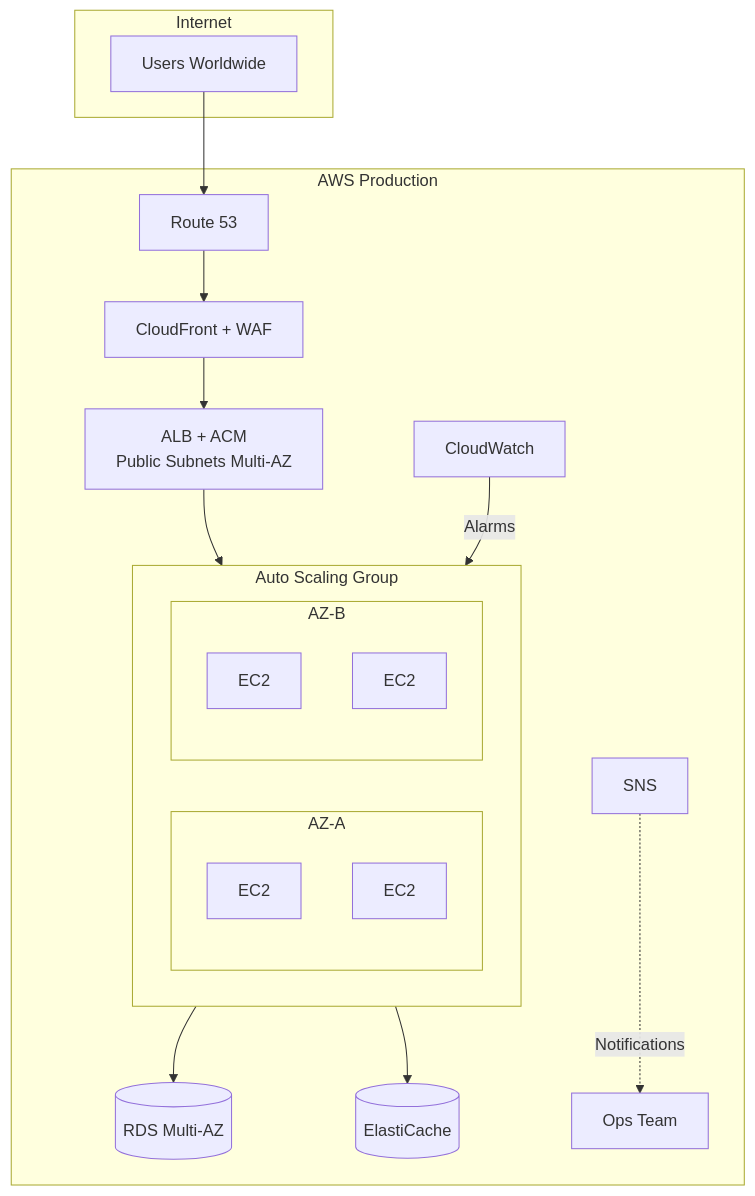
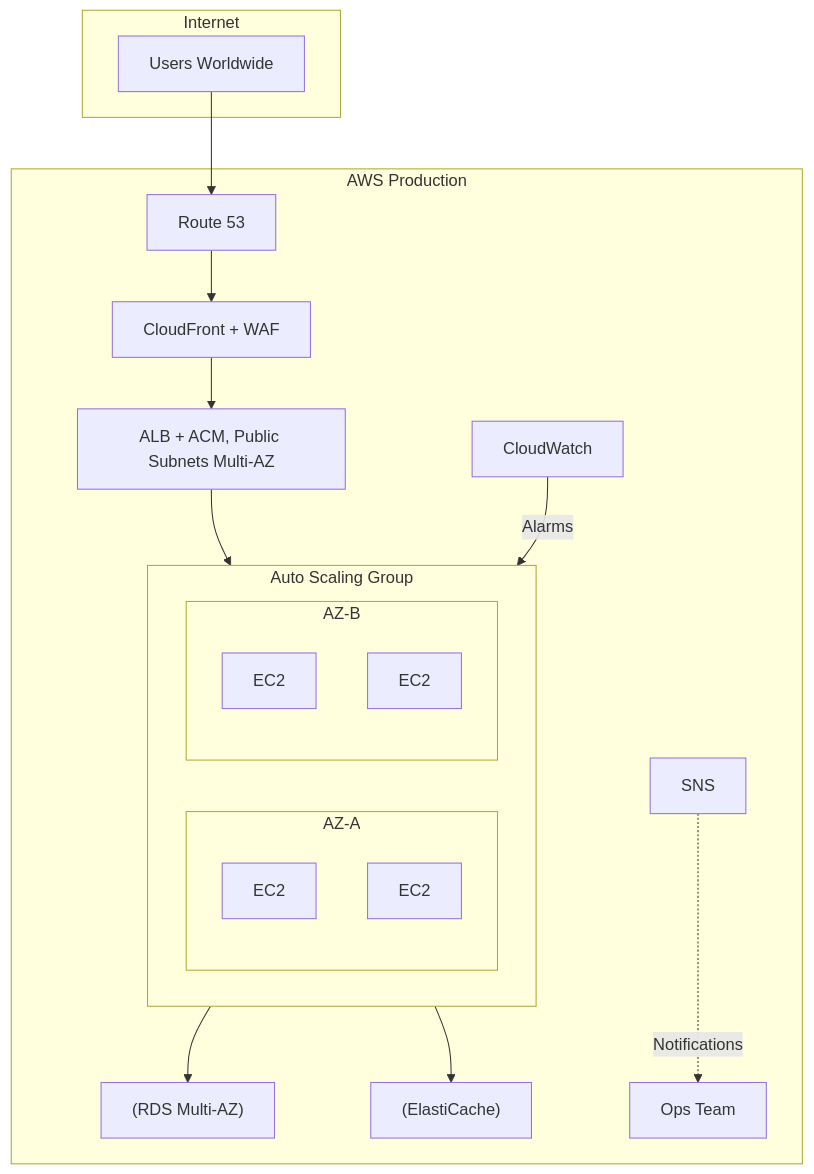
The third of 4 diagrams in Chapter_39_Amazon_EC2_Auto_Scaling.md (DeeptiShuklaProject/Uday_AWS), drawn with Mermaid before and after one commit. The commit also changed other lines of this file and 34 other files, not shown here.

Commit message:
Fix mermaid diagrams syntax across all chapters (quote labels and remove HTML)

````diff
--- a/Chapter_39_Amazon_EC2_Auto_Scaling.md
+++ b/Chapter_39_Amazon_EC2_Auto_Scaling.md
@@ -655,31 +655,31 @@
 ```mermaid
 flowchart TD
     subgraph Internet
         Users[Users Worldwide]
     end
     
     subgraph AWS["AWS Production"]
         R53[Route 53] --> CF[CloudFront + WAF]
-        CF --> ALB[ALB + ACM<br>Public Subnets Multi-AZ]
+        CF --> ALB["ALB + ACM, Public Subnets Multi-AZ"]
         
         subgraph ASG["Auto Scaling Group"]
             subgraph AZA["AZ-A"]
                 EC2A1[EC2] 
                 EC2A2[EC2]
             end
             subgraph AZB["AZ-B"]
                 EC2B1[EC2]
                 EC2B2[EC2]
             end
         end
         
         ALB --> ASG
-        ASG --> RDS[(RDS Multi-AZ)]
-        ASG --> Cache[(ElastiCache)]
+        ASG --> RDS["(RDS Multi-AZ)"]
+        ASG --> Cache["(ElastiCache)"]
         
         CW[CloudWatch] -->|Alarms| ASG
         SNS[SNS] -.->|Notifications| Team[Ops Team]
     end
     
     Users --> R53
 ```
````
